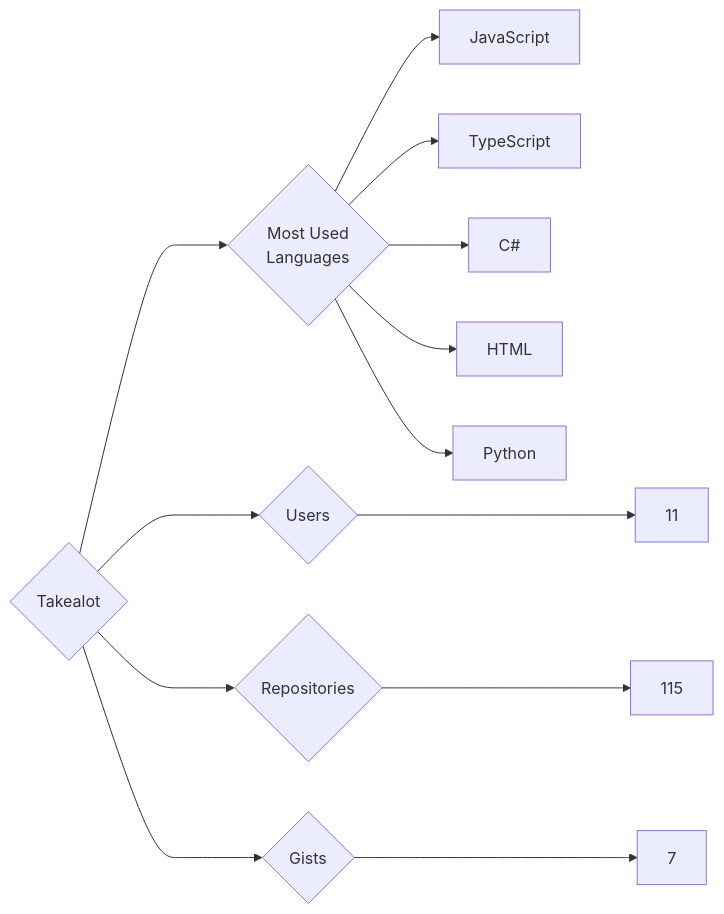
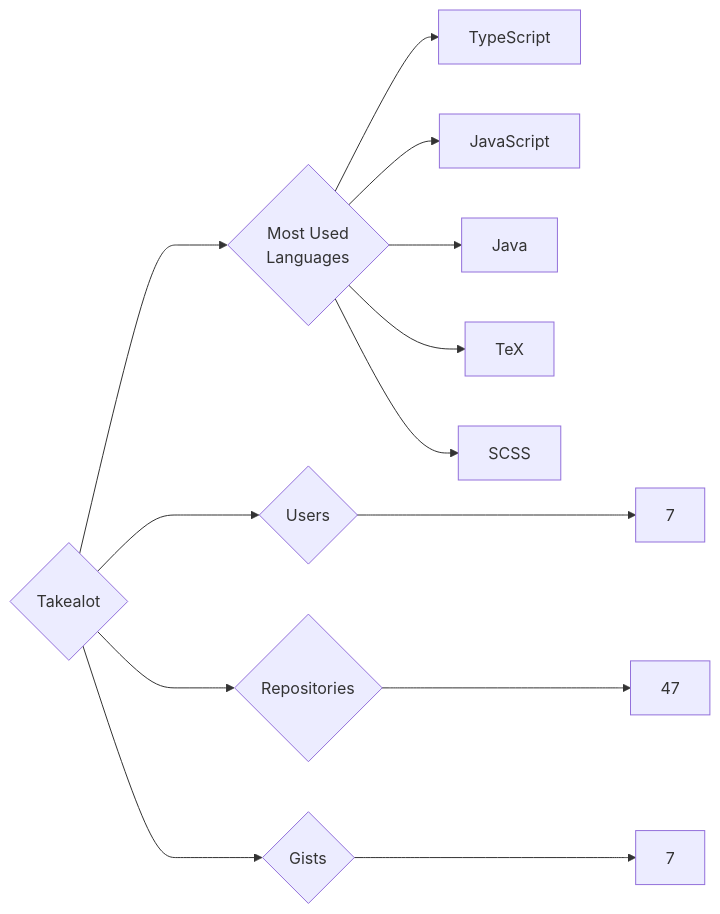
One commit to trickest/insiders changed the diagram in targets/Takealot/README.md. Above: the diagram before and after it, drawn with Mermaid. The commit also changed 903 other files, not shown here.

````diff
--- a/targets/Takealot/README.md
+++ b/targets/Takealot/README.md
@@ -3,13 +3,13 @@
 ```mermaid
 graph LR
 COMPANY_NAME{Takealot}
-COMPANY_NAME ---> U{Users} ---> UN[11]
-COMPANY_NAME ---> R{Repositories} ---> RN[115]
+COMPANY_NAME ---> U{Users} ---> UN[7]
+COMPANY_NAME ---> R{Repositories} ---> RN[47]
 COMPANY_NAME ---> G{Gists} ---> GN[7]
 COMPANY_NAME ---> ML{Most Used<br>Languages}
+ML --> TypeScript[TypeScript]
 ML --> JavaScript[JavaScript]
-ML --> TypeScript[TypeScript]
-ML --> C#[C#]
-ML --> HTML[HTML]
-ML --> Python[Python]
+ML --> Java[Java]
+ML --> TeX[TeX]
+ML --> SCSS[SCSS]
 ```
````
